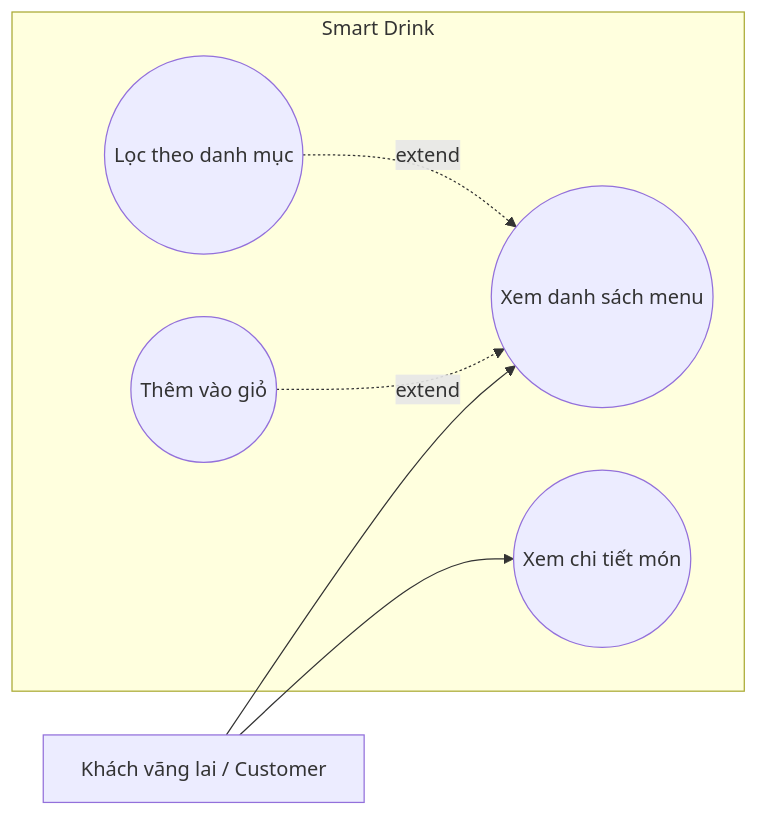
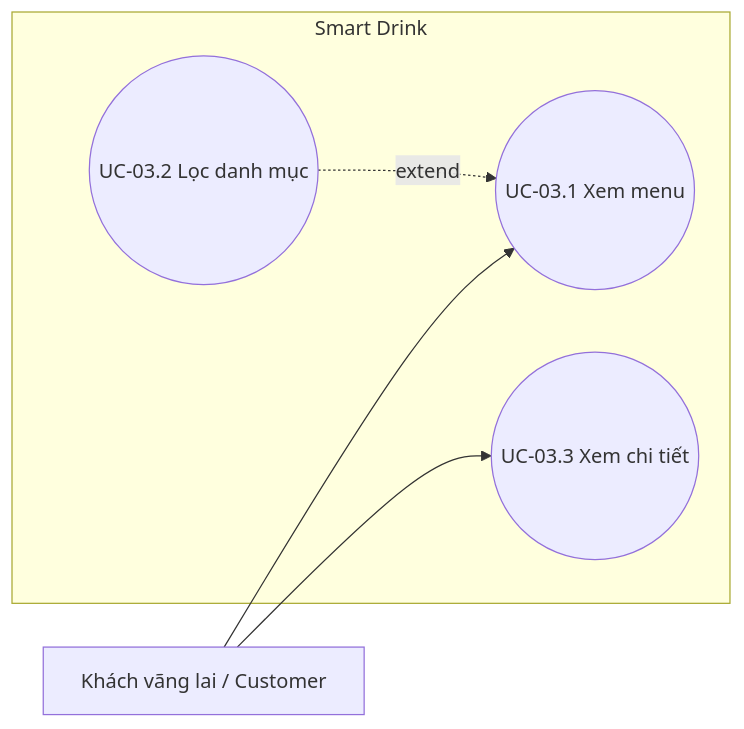
One commit to alisa12405/drink_app changed the third of 10 diagrams in tai_lieu_phan_tich_thiet_ke_he_thong/03-dac-ta-ca-su-dung.md. Above: the diagram before and after it, drawn with Mermaid. The commit also changed other lines of this file and 4 other files, not shown here.

````diff
--- a/tai_lieu_phan_tich_thiet_ke_he_thong/03-dac-ta-ca-su-dung.md
+++ b/tai_lieu_phan_tich_thiet_ke_he_thong/03-dac-ta-ca-su-dung.md
@@ -86,14 +122,12 @@
 ```mermaid
 flowchart LR
     Visitor[Khách vãng lai / Customer]
     subgraph SYS[Smart Drink]
-        List((Xem danh sách menu))
-        FilterCategory((Lọc theo danh mục))
-        Detail((Xem chi tiết món))
-        AddCart((Thêm vào giỏ))
+        List((UC-03.1 Xem menu))
+        Filter((UC-03.2 Lọc danh mục))
+        Detail((UC-03.3 Xem chi tiết))
     end
     Visitor --> List
     Visitor --> Detail
-    FilterCategory -. extend .-> List
-    AddCart -. extend .-> List
+    Filter -. extend .-> List
 ```
````
